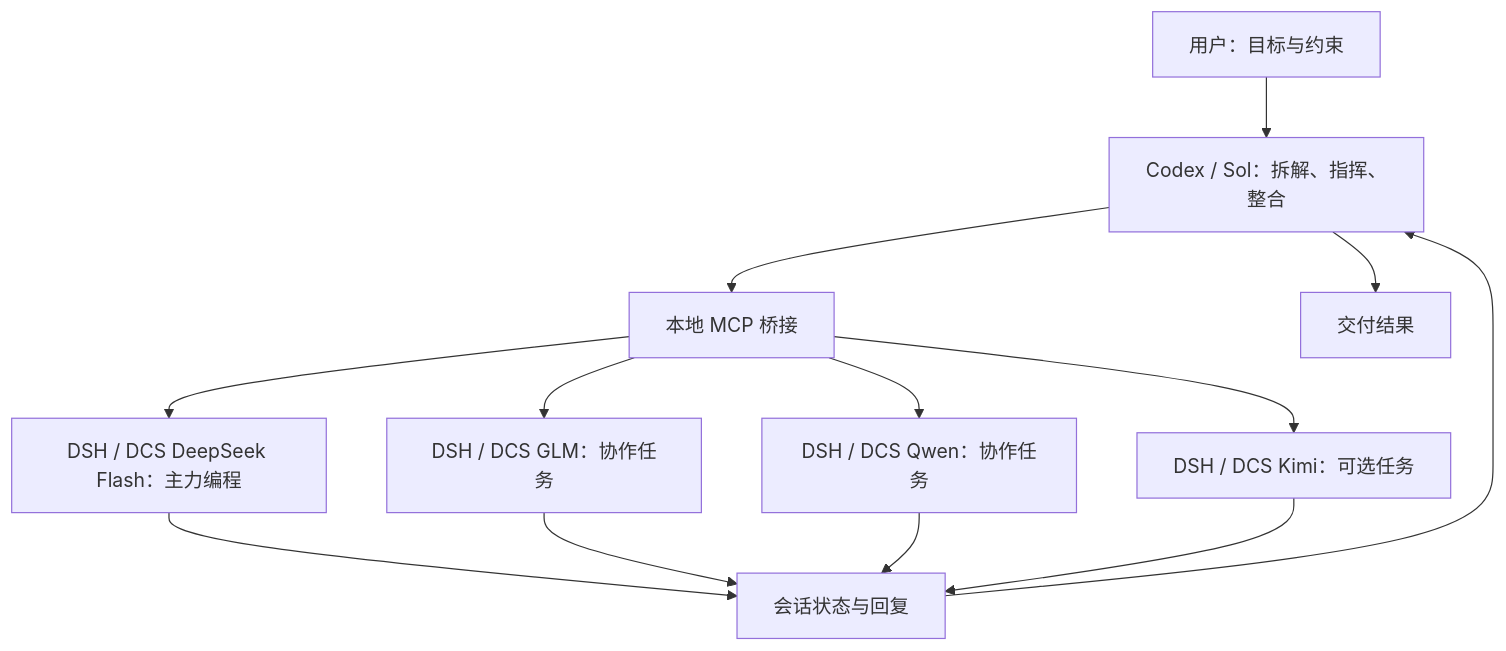
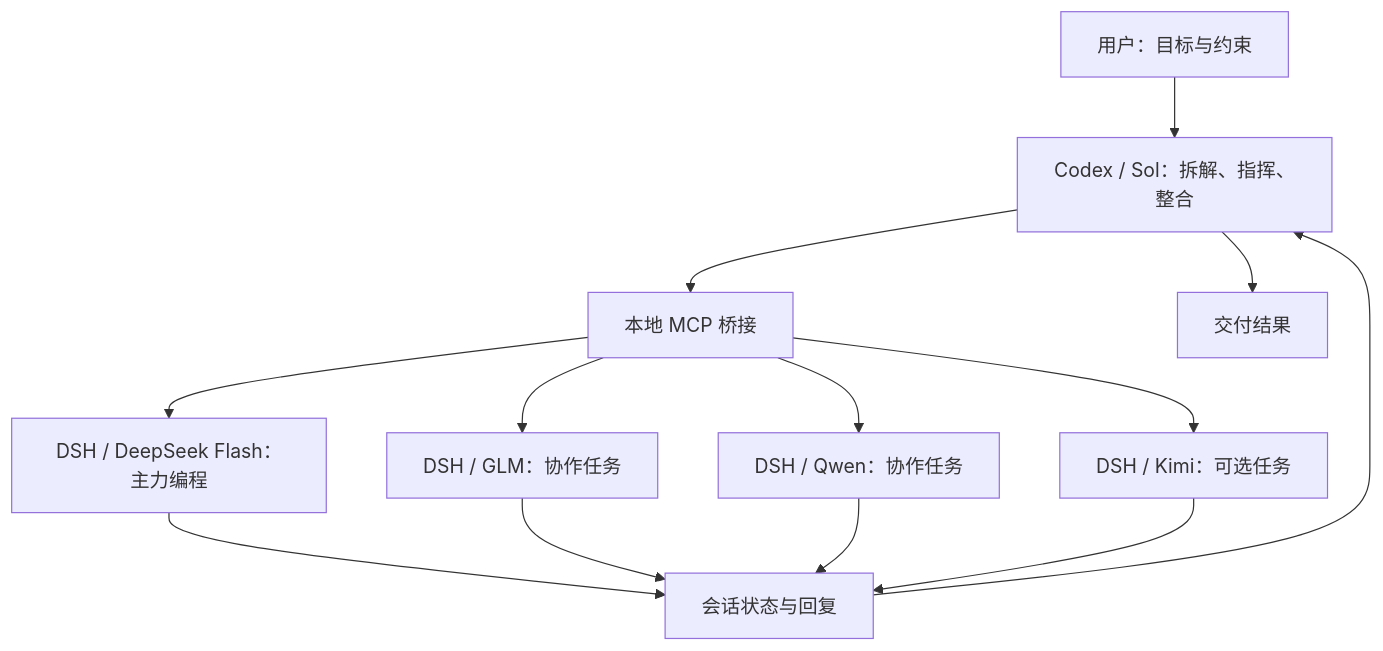
The diagram in README.md (guochengran464-byte/codex-dsh-mcp), drawn with Mermaid before and after one commit. The commit also changed other lines of this file and 6 other files, not shown here.

````diff
--- a/README.md
+++ b/README.md
@@ -23,15 +23,15 @@
 ```mermaid
 flowchart TD
     U[用户：目标与约束] --> C[Codex / Sol：拆解、指挥、整合]
     C --> M[本地 MCP 桥接]
-    M --> D[DSH / DCS DeepSeek Flash：主力编程]
-    M --> G[DSH / DCS GLM：协作任务]
-    M --> Q[DSH / DCS Qwen：协作任务]
-    M --> K[DSH / DCS Kimi：可选任务]
+    M --> D[DSH / DeepSeek Flash：主力编程]
+    M --> G[DSH / GLM：协作任务]
+    M --> Q[DSH / Qwen：协作任务]
+    M --> K[DSH / Kimi：可选任务]
     D --> R[会话状态与回复]
     G --> R
     Q --> R
     K --> R
     R --> C
     C --> O[交付结果]
 ```
````
